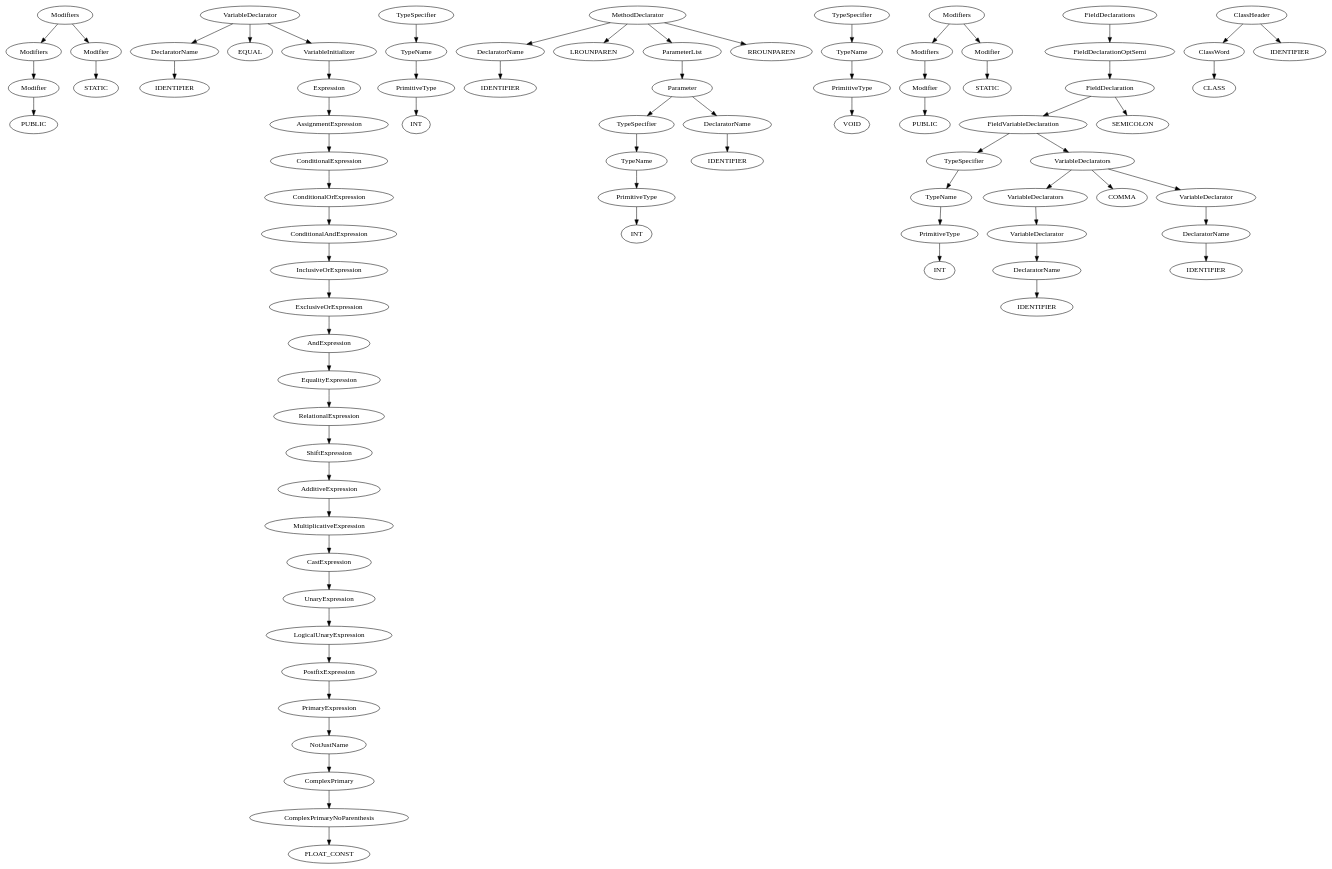
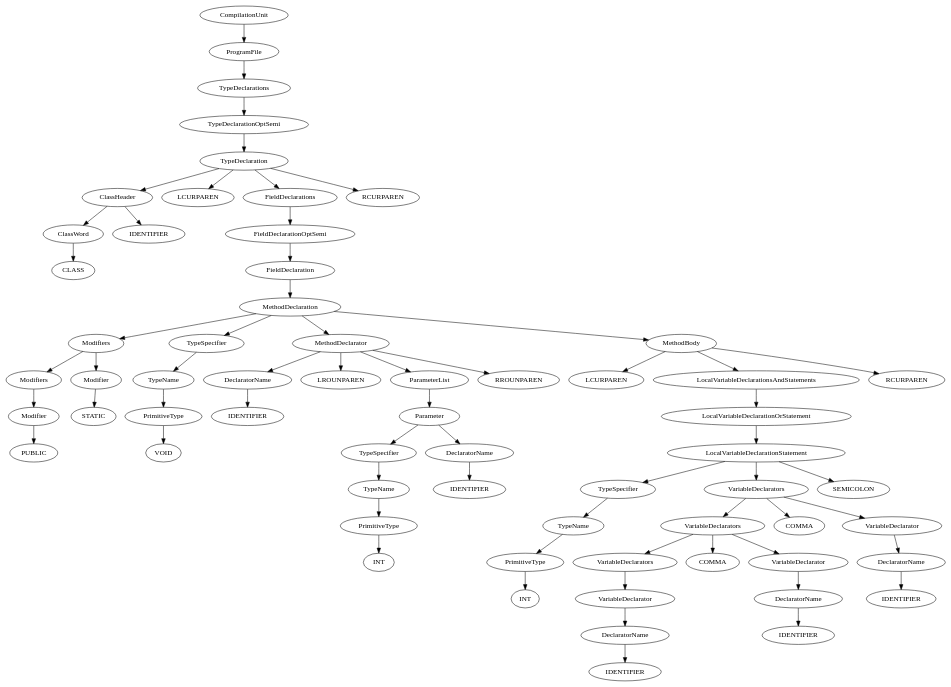
One commit to luckysahani/Compiler-Assignment-3-and-4 changed the diagram in parse_tree.dot. Above: the diagram before and after it, drawn with Graphviz. The commit also changed 21 other files, not shown here.

```diff
--- a/parse_tree.dot
+++ b/parse_tree.dot
@@ -1,4 +1,130 @@
 digraph ParseTree{
+CompilationUnit_1 [ label = "CompilationUnit" ]
+ProgramFile_1 [ label = "ProgramFile" ]
+CompilationUnit_1 -> ProgramFile_1 
+ProgramFile_1 [ label = "ProgramFile" ]
+TypeDeclarations_1 [ label = "TypeDeclarations" ]
+ProgramFile_1 -> TypeDeclarations_1 
+TypeDeclarations_1 [ label = "TypeDeclarations" ]
+TypeDeclarationOptSemi_1 [ label = "TypeDeclarationOptSemi" ]
+TypeDeclarations_1 -> TypeDeclarationOptSemi_1 
+TypeDeclarationOptSemi_1 [ label = "TypeDeclarationOptSemi" ]
+TypeDeclaration_1 [ label = "TypeDeclaration" ]
+TypeDeclarationOptSemi_1 -> TypeDeclaration_1 
+TypeDeclaration_1 [ label = "TypeDeclaration" ]
+ClassHeader_1 [ label = "ClassHeader" ]
+LCURPAREN_1 [ label = "LCURPAREN" ]
+FieldDeclarations_1 [ label = "FieldDeclarations" ]
+RCURPAREN_1 [ label = "RCURPAREN" ]
+TypeDeclaration_1 -> ClassHeader_1  , LCURPAREN_1 , FieldDeclarations_1 , RCURPAREN_1
+FieldDeclarations_1 [ label = "FieldDeclarations" ]
+FieldDeclarationOptSemi_1 [ label = "FieldDeclarationOptSemi" ]
+FieldDeclarations_1 -> FieldDeclarationOptSemi_1 
+FieldDeclarationOptSemi_1 [ label = "FieldDeclarationOptSemi" ]
+FieldDeclaration_1 [ label = "FieldDeclaration" ]
+FieldDeclarationOptSemi_1 -> FieldDeclaration_1 
+FieldDeclaration_1 [ label = "FieldDeclaration" ]
+MethodDeclaration_1 [ label = "MethodDeclaration" ]
+FieldDeclaration_1 -> MethodDeclaration_1 
+MethodDeclaration_1 [ label = "MethodDeclaration" ]
+Modifiers_1 [ label = "Modifiers" ]
+TypeSpecifier_1 [ label = "TypeSpecifier" ]
+MethodDeclarator_1 [ label = "MethodDeclarator" ]
+MethodBody_1 [ label = "MethodBody" ]
+MethodDeclaration_1 -> Modifiers_1  , TypeSpecifier_1 , MethodDeclarator_1 , MethodBody_1
+MethodBody_1 [ label = "MethodBody" ]
+LCURPAREN_2 [ label =" LCURPAREN" ]
+LocalVariableDeclarationsAndStatements_1 [ label = "LocalVariableDeclarationsAndStatements" ]
+RCURPAREN_2 [ label =" RCURPAREN" ]
+MethodBody_1 -> LCURPAREN_2  , LocalVariableDeclarationsAndStatements_1 , RCURPAREN_2
+LocalVariableDeclarationsAndStatements_1 [ label = "LocalVariableDeclarationsAndStatements" ]
+LocalVariableDeclarationOrStatement_1 [ label = "LocalVariableDeclarationOrStatement" ]
+LocalVariableDeclarationsAndStatements_1 -> LocalVariableDeclarationOrStatement_1 
+LocalVariableDeclarationOrStatement_1 [ label = "LocalVariableDeclarationOrStatement" ]
+LocalVariableDeclarationStatement_1 [ label = "LocalVariableDeclarationStatement" ]
+LocalVariableDeclarationOrStatement_1 -> LocalVariableDeclarationStatement_1 
+LocalVariableDeclarationStatement_1 [ label = "LocalVariableDeclarationStatement" ]
+TypeSpecifier_2 [ label =" TypeSpecifier" ]
+VariableDeclarators_1 [ label = "VariableDeclarators" ]
+SEMICOLON_1 [ label = "SEMICOLON" ]
+LocalVariableDeclarationStatement_1 -> TypeSpecifier_2  , VariableDeclarators_1 , SEMICOLON_1
+VariableDeclarators_1 [ label = "VariableDeclarators" ]
+VariableDeclarators_2 [ label =" VariableDeclarators" ]
+COMMA_1 [ label = "COMMA" ]
+VariableDeclarator_1 [ label = "VariableDeclarator" ]
+VariableDeclarators_1 -> VariableDeclarators_2  , COMMA_1 , VariableDeclarator_1
+VariableDeclarator_1 [ label = "VariableDeclarator" ]
+DeclaratorName_1 [ label = "DeclaratorName" ]
+VariableDeclarator_1 -> DeclaratorName_1 
+DeclaratorName_1 [ label = "DeclaratorName" ]
+IDENTIFIER_1 [ label = "IDENTIFIER" ]
+DeclaratorName_1 -> IDENTIFIER_1 
+VariableDeclarators_2 [ label = "VariableDeclarators" ]
+VariableDeclarators_3 [ label =" VariableDeclarators" ]
+COMMA_2 [ label =" COMMA" ]
+VariableDeclarator_2 [ label =" VariableDeclarator" ]
+VariableDeclarators_2 -> VariableDeclarators_3  , COMMA_2 , VariableDeclarator_2
+VariableDeclarator_2 [ label = "VariableDeclarator" ]
+DeclaratorName_2 [ label =" DeclaratorName" ]
+VariableDeclarator_2 -> DeclaratorName_2 
+DeclaratorName_2 [ label = "DeclaratorName" ]
+IDENTIFIER_2 [ label =" IDENTIFIER" ]
+DeclaratorName_2 -> IDENTIFIER_2 
+VariableDeclarators_3 [ label = "VariableDeclarators" ]
+VariableDeclarator_3 [ label =" VariableDeclarator" ]
+VariableDeclarators_3 -> VariableDeclarator_3 
+VariableDeclarator_3 [ label = "VariableDeclarator" ]
+DeclaratorName_3 [ label =" DeclaratorName" ]
+VariableDeclarator_3 -> DeclaratorName_3 
+DeclaratorName_3 [ label = "DeclaratorName" ]
+IDENTIFIER_3 [ label =" IDENTIFIER" ]
+DeclaratorName_3 -> IDENTIFIER_3 
+TypeSpecifier_2 [ label = "TypeSpecifier" ]
+TypeName_1 [ label = "TypeName" ]
+TypeSpecifier_2 -> TypeName_1 
+TypeName_1 [ label = "TypeName" ]
+PrimitiveType_1 [ label = "PrimitiveType" ]
+TypeName_1 -> PrimitiveType_1 
+PrimitiveType_1 [ label = "PrimitiveType" ]
+INT_1 [ label = "INT" ]
+PrimitiveType_1 -> INT_1 
+MethodDeclarator_1 [ label = "MethodDeclarator" ]
+DeclaratorName_4 [ label =" DeclaratorName" ]
+LROUNPAREN_1 [ label = "LROUNPAREN" ]
+ParameterList_1 [ label = "ParameterList" ]
+RROUNPAREN_1 [ label = "RROUNPAREN" ]
+MethodDeclarator_1 -> DeclaratorName_4  , LROUNPAREN_1 , ParameterList_1 , RROUNPAREN_1
+ParameterList_1 [ label = "ParameterList" ]
+Parameter_1 [ label = "Parameter" ]
+ParameterList_1 -> Parameter_1 
+Parameter_1 [ label = "Parameter" ]
+TypeSpecifier_3 [ label =" TypeSpecifier" ]
+DeclaratorName_5 [ label =" DeclaratorName" ]
+Parameter_1 -> TypeSpecifier_3  , DeclaratorName_5
+DeclaratorName_5 [ label = "DeclaratorName" ]
+IDENTIFIER_4 [ label =" IDENTIFIER" ]
+DeclaratorName_5 -> IDENTIFIER_4 
+TypeSpecifier_3 [ label = "TypeSpecifier" ]
+TypeName_2 [ label =" TypeName" ]
+TypeSpecifier_3 -> TypeName_2 
+TypeName_2 [ label = "TypeName" ]
+PrimitiveType_2 [ label =" PrimitiveType" ]
+TypeName_2 -> PrimitiveType_2 
+PrimitiveType_2 [ label = "PrimitiveType" ]
+INT_2 [ label =" INT" ]
+PrimitiveType_2 -> INT_2 
+DeclaratorName_4 [ label = "DeclaratorName" ]
+IDENTIFIER_5 [ label =" IDENTIFIER" ]
+DeclaratorName_4 -> IDENTIFIER_5 
+TypeSpecifier_1 [ label = "TypeSpecifier" ]
+TypeName_3 [ label =" TypeName" ]
+TypeSpecifier_1 -> TypeName_3 
+TypeName_3 [ label = "TypeName" ]
+PrimitiveType_3 [ label =" PrimitiveType" ]
+TypeName_3 -> PrimitiveType_3 
+PrimitiveType_3 [ label = "PrimitiveType" ]
+VOID_1 [ label = "VOID" ]
+PrimitiveType_3 -> VOID_1 
 Modifiers_1 [ label = "Modifiers" ]
 Modifiers_2 [ label =" Modifiers" ]
 Modifier_1 [ label = "Modifier" ]
@@ -12,182 +138,6 @@
 Modifier_2 [ label = "Modifier" ]
 PUBLIC_1 [ label = "PUBLIC" ]
 Modifier_2 -> PUBLIC_1 
-VariableDeclarator_1 [ label = "VariableDeclarator" ]
-DeclaratorName_1 [ label = "DeclaratorName" ]
-EQUAL_1 [ label = "EQUAL" ]
-VariableInitializer_1 [ label = "VariableInitializer" ]
-VariableDeclarator_1 -> DeclaratorName_1  , EQUAL_1 , VariableInitializer_1
-VariableInitializer_1 [ label = "VariableInitializer" ]
-Expression_1 [ label = "Expression" ]
-VariableInitializer_1 -> Expression_1 
-Expression_1 [ label = "Expression" ]
-AssignmentExpression_1 [ label = "AssignmentExpression" ]
-Expression_1 -> AssignmentExpression_1 
-AssignmentExpression_1 [ label = "AssignmentExpression" ]
-ConditionalExpression_1 [ label = "ConditionalExpression" ]
-AssignmentExpression_1 -> ConditionalExpression_1 
-ConditionalExpression_1 [ label = "ConditionalExpression" ]
-ConditionalOrExpression_1 [ label = "ConditionalOrExpression" ]
-ConditionalExpression_1 -> ConditionalOrExpression_1 
-ConditionalOrExpression_1 [ label = "ConditionalOrExpression" ]
-ConditionalAndExpression_1 [ label = "ConditionalAndExpression" ]
-ConditionalOrExpression_1 -> ConditionalAndExpression_1 
-ConditionalAndExpression_1 [ label = "ConditionalAndExpression" ]
-InclusiveOrExpression_1 [ label = "InclusiveOrExpression" ]
-ConditionalAndExpression_1 -> InclusiveOrExpression_1 
-InclusiveOrExpression_1 [ label = "InclusiveOrExpression" ]
-ExclusiveOrExpression_1 [ label = "ExclusiveOrExpression" ]
-InclusiveOrExpression_1 -> ExclusiveOrExpression_1 
-ExclusiveOrExpression_1 [ label = "ExclusiveOrExpression" ]
-AndExpression_1 [ label = "AndExpression" ]
-ExclusiveOrExpression_1 -> AndExpression_1 
-AndExpression_1 [ label = "AndExpression" ]
-EqualityExpression_1 [ label = "EqualityExpression" ]
-AndExpression_1 -> EqualityExpression_1 
-EqualityExpression_1 [ label = "EqualityExpression" ]
-RelationalExpression_1 [ label = "RelationalExpression" ]
-EqualityExpression_1 -> RelationalExpression_1 
-RelationalExpression_1 [ label = "RelationalExpression" ]
-ShiftExpression_1 [ label = "ShiftExpression" ]
-RelationalExpression_1 -> ShiftExpression_1 
-ShiftExpression_1 [ label = "ShiftExpression" ]
-AdditiveExpression_1 [ label = "AdditiveExpression" ]
-ShiftExpression_1 -> AdditiveExpression_1 
-AdditiveExpression_1 [ label = "AdditiveExpression" ]
-MultiplicativeExpression_1 [ label = "MultiplicativeExpression" ]
-AdditiveExpression_1 -> MultiplicativeExpression_1 
-MultiplicativeExpression_1 [ label = "MultiplicativeExpression" ]
-CastExpression_1 [ label = "CastExpression" ]
-MultiplicativeExpression_1 -> CastExpression_1 
-CastExpression_1 [ label = "CastExpression" ]
-UnaryExpression_1 [ label = "UnaryExpression" ]
-CastExpression_1 -> UnaryExpression_1 
-UnaryExpression_1 [ label = "UnaryExpression" ]
-LogicalUnaryExpression_1 [ label = "LogicalUnaryExpression" ]
-UnaryExpression_1 -> LogicalUnaryExpression_1 
-LogicalUnaryExpression_1 [ label = "LogicalUnaryExpression" ]
-PostfixExpression_1 [ label = "PostfixExpression" ]
-LogicalUnaryExpression_1 -> PostfixExpression_1 
-PostfixExpression_1 [ label = "PostfixExpression" ]
-PrimaryExpression_1 [ label = "PrimaryExpression" ]
-PostfixExpression_1 -> PrimaryExpression_1 
-PrimaryExpression_1 [ label = "PrimaryExpression" ]
-NotJustName_1 [ label = "NotJustName" ]
-PrimaryExpression_1 -> NotJustName_1 
-NotJustName_1 [ label = "NotJustName" ]
-ComplexPrimary_1 [ label = "ComplexPrimary" ]
-NotJustName_1 -> ComplexPrimary_1 
-ComplexPrimary_1 [ label = "ComplexPrimary" ]
-ComplexPrimaryNoParenthesis_1 [ label = "ComplexPrimaryNoParenthesis" ]
-ComplexPrimary_1 -> ComplexPrimaryNoParenthesis_1 
-ComplexPrimaryNoParenthesis_1 [ label = "ComplexPrimaryNoParenthesis" ]
-FLOAT_CONST_1 [ label = "FLOAT_CONST" ]
-ComplexPrimaryNoParenthesis_1 -> FLOAT_CONST_1 
-DeclaratorName_1 [ label = "DeclaratorName" ]
-IDENTIFIER_1 [ label = "IDENTIFIER" ]
-DeclaratorName_1 -> IDENTIFIER_1 
-TypeSpecifier_1 [ label = "TypeSpecifier" ]
-TypeName_1 [ label = "TypeName" ]
-TypeSpecifier_1 -> TypeName_1 
-TypeName_1 [ label = "TypeName" ]
-PrimitiveType_1 [ label = "PrimitiveType" ]
-TypeName_1 -> PrimitiveType_1 
-PrimitiveType_1 [ label = "PrimitiveType" ]
-INT_1 [ label = "INT" ]
-PrimitiveType_1 -> INT_1 
-MethodDeclarator_1 [ label = "MethodDeclarator" ]
-DeclaratorName_2 [ label =" DeclaratorName" ]
-LROUNPAREN_1 [ label = "LROUNPAREN" ]
-ParameterList_1 [ label = "ParameterList" ]
-RROUNPAREN_1 [ label = "RROUNPAREN" ]
-MethodDeclarator_1 -> DeclaratorName_2  , LROUNPAREN_1 , ParameterList_1 , RROUNPAREN_1
-ParameterList_1 [ label = "ParameterList" ]
-Parameter_1 [ label = "Parameter" ]
-ParameterList_1 -> Parameter_1 
-Parameter_1 [ label = "Parameter" ]
-TypeSpecifier_2 [ label =" TypeSpecifier" ]
-DeclaratorName_3 [ label =" DeclaratorName" ]
-Parameter_1 -> TypeSpecifier_2  , DeclaratorName_3
-DeclaratorName_3 [ label = "DeclaratorName" ]
-IDENTIFIER_2 [ label =" IDENTIFIER" ]
-DeclaratorName_3 -> IDENTIFIER_2 
-TypeSpecifier_2 [ label = "TypeSpecifier" ]
-TypeName_2 [ label =" TypeName" ]
-TypeSpecifier_2 -> TypeName_2 
-TypeName_2 [ label = "TypeName" ]
-PrimitiveType_2 [ label =" PrimitiveType" ]
-TypeName_2 -> PrimitiveType_2 
-PrimitiveType_2 [ label = "PrimitiveType" ]
-INT_2 [ label =" INT" ]
-PrimitiveType_2 -> INT_2 
-DeclaratorName_2 [ label = "DeclaratorName" ]
-IDENTIFIER_3 [ label =" IDENTIFIER" ]
-DeclaratorName_2 -> IDENTIFIER_3 
-TypeSpecifier_0 [ label = "TypeSpecifier" ]
-TypeName_3 [ label =" TypeName" ]
-TypeSpecifier_0 -> TypeName_3 
-TypeName_3 [ label = "TypeName" ]
-PrimitiveType_3 [ label =" PrimitiveType" ]
-TypeName_3 -> PrimitiveType_3 
-PrimitiveType_3 [ label = "PrimitiveType" ]
-VOID_1 [ label = "VOID" ]
-PrimitiveType_3 -> VOID_1 
-Modifiers_0 [ label = "Modifiers" ]
-Modifiers_3 [ label =" Modifiers" ]
-Modifier_3 [ label =" Modifier" ]
-Modifiers_0 -> Modifiers_3  , Modifier_3
-Modifier_3 [ label = "Modifier" ]
-STATIC_2 [ label =" STATIC" ]
-Modifier_3 -> STATIC_2 
-Modifiers_3 [ label = "Modifiers" ]
-Modifier_4 [ label =" Modifier" ]
-Modifiers_3 -> Modifier_4 
-Modifier_4 [ label = "Modifier" ]
-PUBLIC_2 [ label =" PUBLIC" ]
-Modifier_4 -> PUBLIC_2 
-FieldDeclarations_1 [ label = "FieldDeclarations" ]
-FieldDeclarationOptSemi_1 [ label = "FieldDeclarationOptSemi" ]
-FieldDeclarations_1 -> FieldDeclarationOptSemi_1 
-FieldDeclarationOptSemi_1 [ label = "FieldDeclarationOptSemi" ]
-FieldDeclaration_1 [ label = "FieldDeclaration" ]
-FieldDeclarationOptSemi_1 -> FieldDeclaration_1 
-FieldDeclaration_1 [ label = "FieldDeclaration" ]
-FieldVariableDeclaration_1 [ label = "FieldVariableDeclaration" ]
-SEMICOLON_1 [ label = "SEMICOLON" ]
-FieldDeclaration_1 -> FieldVariableDeclaration_1  , SEMICOLON_1
-FieldVariableDeclaration_1 [ label = "FieldVariableDeclaration" ]
-TypeSpecifier_3 [ label =" TypeSpecifier" ]
-VariableDeclarators_1 [ label = "VariableDeclarators" ]
-FieldVariableDeclaration_1 -> TypeSpecifier_3  , VariableDeclarators_1
-VariableDeclarators_1 [ label = "VariableDeclarators" ]
-VariableDeclarators_2 [ label =" VariableDeclarators" ]
-COMMA_1 [ label = "COMMA" ]
-VariableDeclarator_2 [ label =" VariableDeclarator" ]
-VariableDeclarators_1 -> VariableDeclarators_2  , COMMA_1 , VariableDeclarator_2
-VariableDeclarator_2 [ label = "VariableDeclarator" ]
-DeclaratorName_4 [ label =" DeclaratorName" ]
-VariableDeclarator_2 -> DeclaratorName_4 
-DeclaratorName_4 [ label = "DeclaratorName" ]
-IDENTIFIER_4 [ label =" IDENTIFIER" ]
-DeclaratorName_4 -> IDENTIFIER_4 
-VariableDeclarators_2 [ label = "VariableDeclarators" ]
-VariableDeclarator_3 [ label =" VariableDeclarator" ]
-VariableDeclarators_2 -> VariableDeclarator_3 
-VariableDeclarator_3 [ label = "VariableDeclarator" ]
-DeclaratorName_5 [ label =" DeclaratorName" ]
-VariableDeclarator_3 -> DeclaratorName_5 
-DeclaratorName_5 [ label = "DeclaratorName" ]
-IDENTIFIER_5 [ label =" IDENTIFIER" ]
-DeclaratorName_5 -> IDENTIFIER_5 
-TypeSpecifier_3 [ label = "TypeSpecifier" ]
-TypeName_4 [ label =" TypeName" ]
-TypeSpecifier_3 -> TypeName_4 
-TypeName_4 [ label = "TypeName" ]
-PrimitiveType_4 [ label =" PrimitiveType" ]
-TypeName_4 -> PrimitiveType_4 
-PrimitiveType_4 [ label = "PrimitiveType" ]
-INT_3 [ label =" INT" ]
-PrimitiveType_4 -> INT_3 
 ClassHeader_1 [ label = "ClassHeader" ]
 ClassWord_1 [ label = "ClassWord" ]
 IDENTIFIER_6 [ label =" IDENTIFIER" ]
```
